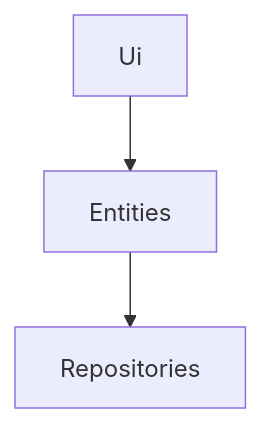
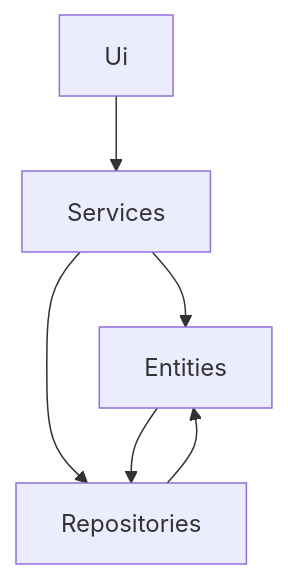
Before and after one commit to karvakasa/ot-harjoitustyo: the diagram in rahastosovellus/dokumentaatio/arkkitehtuuri.md, drawn with Mermaid. The commit also changed 17 other files, not shown here.

````diff
--- a/rahastosovellus/dokumentaatio/arkkitehtuuri.md
+++ b/rahastosovellus/dokumentaatio/arkkitehtuuri.md
@@ -1,7 +1,10 @@
 ```mermaid
 
   flowchart TD
-    Ui --> Entities
+    Ui --> Services
+    Services --> Entities
+    Services --> Repositories
     Entities --> Repositories
+    Repositories --> Entities
 
 ```
````
